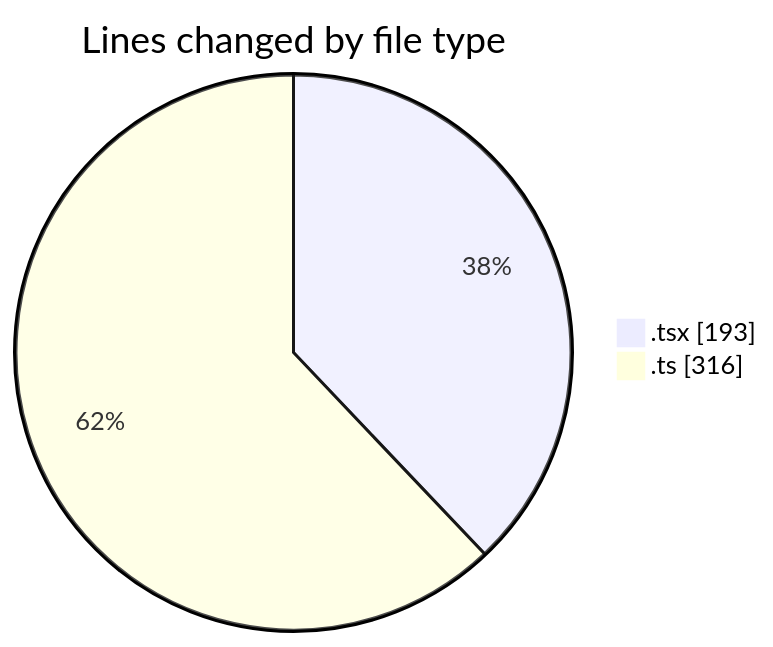
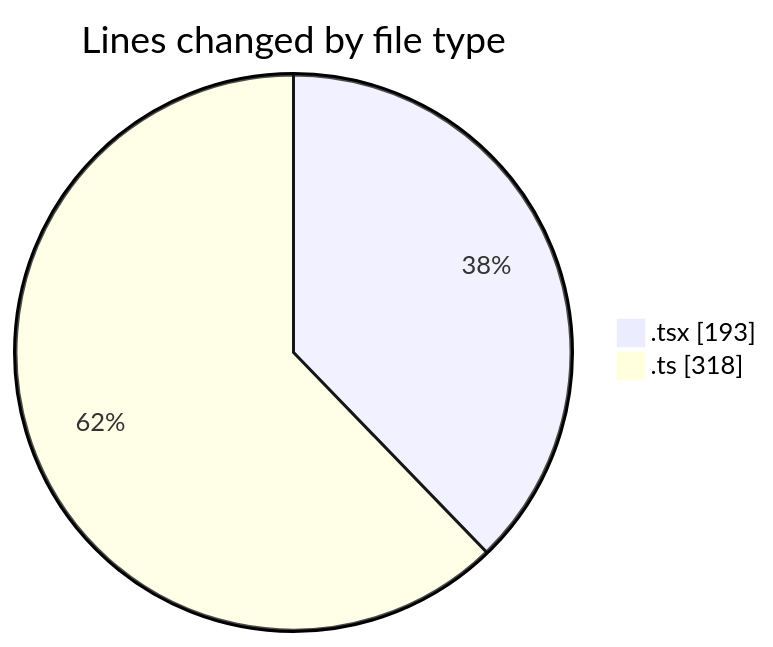
One commit to julien-gomy/code-tracking changed the first of 2 diagrams in 2025-11-22/eventscop-frontend-guide__workspace_/README.md. Above: the diagram before and after it, drawn with Mermaid. The commit also changed other lines of this file and 1 other file, not shown here.

````diff
--- a/2025-11-22/eventscop-frontend-guide__workspace_/README.md
+++ b/2025-11-22/eventscop-frontend-guide__workspace_/README.md
@@ -25,6 +25,6 @@
 ```mermaid
 pie showData
 title Lines changed by file type
 ".tsx" : 193
-".ts" : 316
+".ts" : 318
 ```
````
